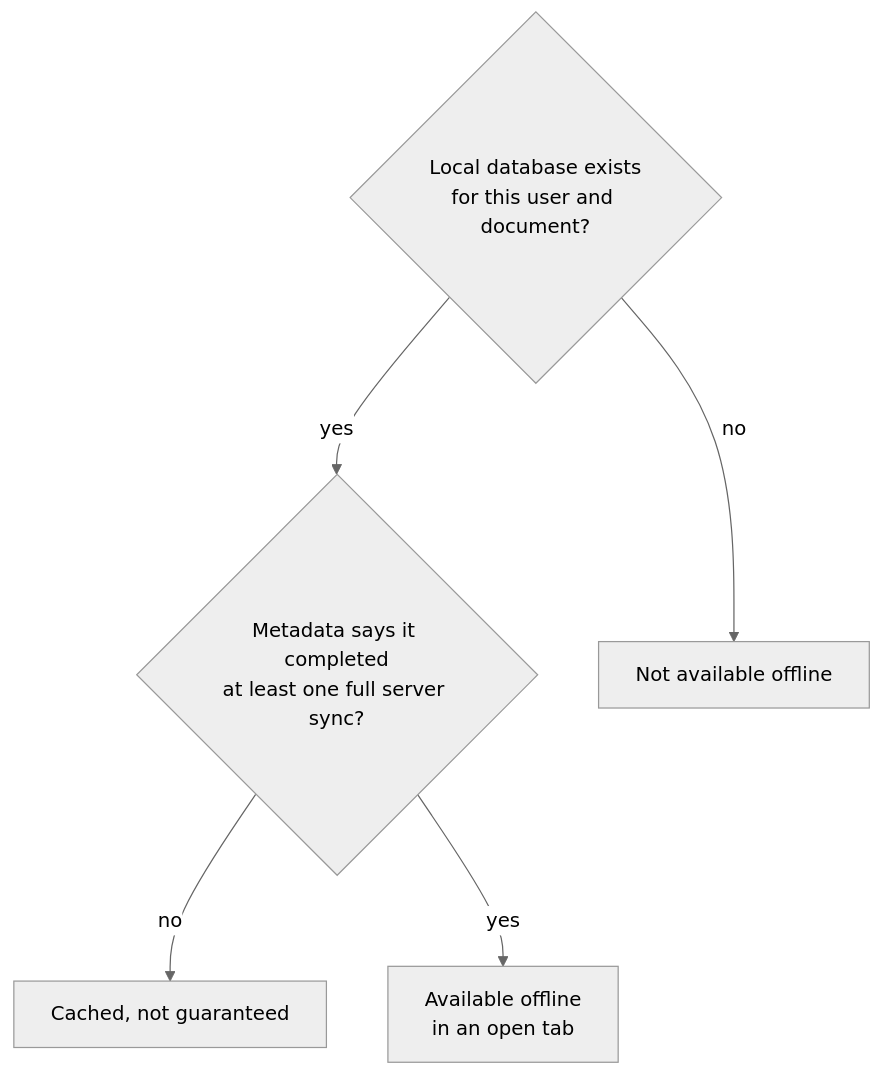
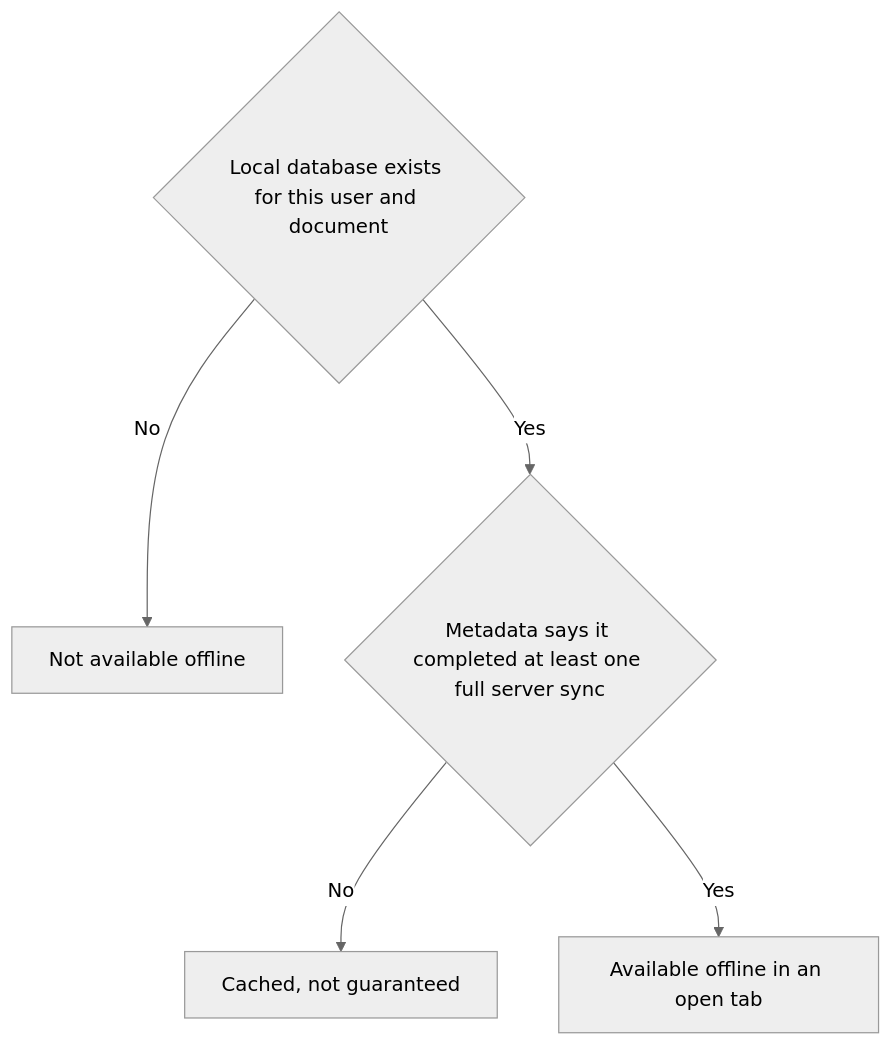
Before and after one commit to syncspace-app/syncspace: diagram 15 of 18 in docs/architecture-lld.md, drawn with Mermaid (neutral theme). The commit also changed other lines of this file and 2 other files, not shown here.

````diff
--- a/docs/architecture-lld.md
+++ b/docs/architecture-lld.md
@@ -702,13 +805,7 @@
 ```mermaid
-flowchart TD
-  Q1{"Local database exists<br/>for this user and document?"}
-  Q2{"Metadata says it completed<br/>at least one full server sync?"}
-  NO["Not available offline"]
-  CACHE["Cached, not guaranteed"]
-  OK["Available offline<br/>in an open tab"]
-
-  Q1 -->|"no"| NO
-  Q1 -->|"yes"| Q2
-  Q2 -->|"no"| CACHE
-  Q2 -->|"yes"| OK
+flowchart TB
+  A{Local database exists for this user and document} -->|No| N[Not available offline]
+  A -->|Yes| B{Metadata says it completed at least one full server sync}
+  B -->|No| C[Cached, not guaranteed]
+  B -->|Yes| D[Available offline in an open tab]
 ```
````
